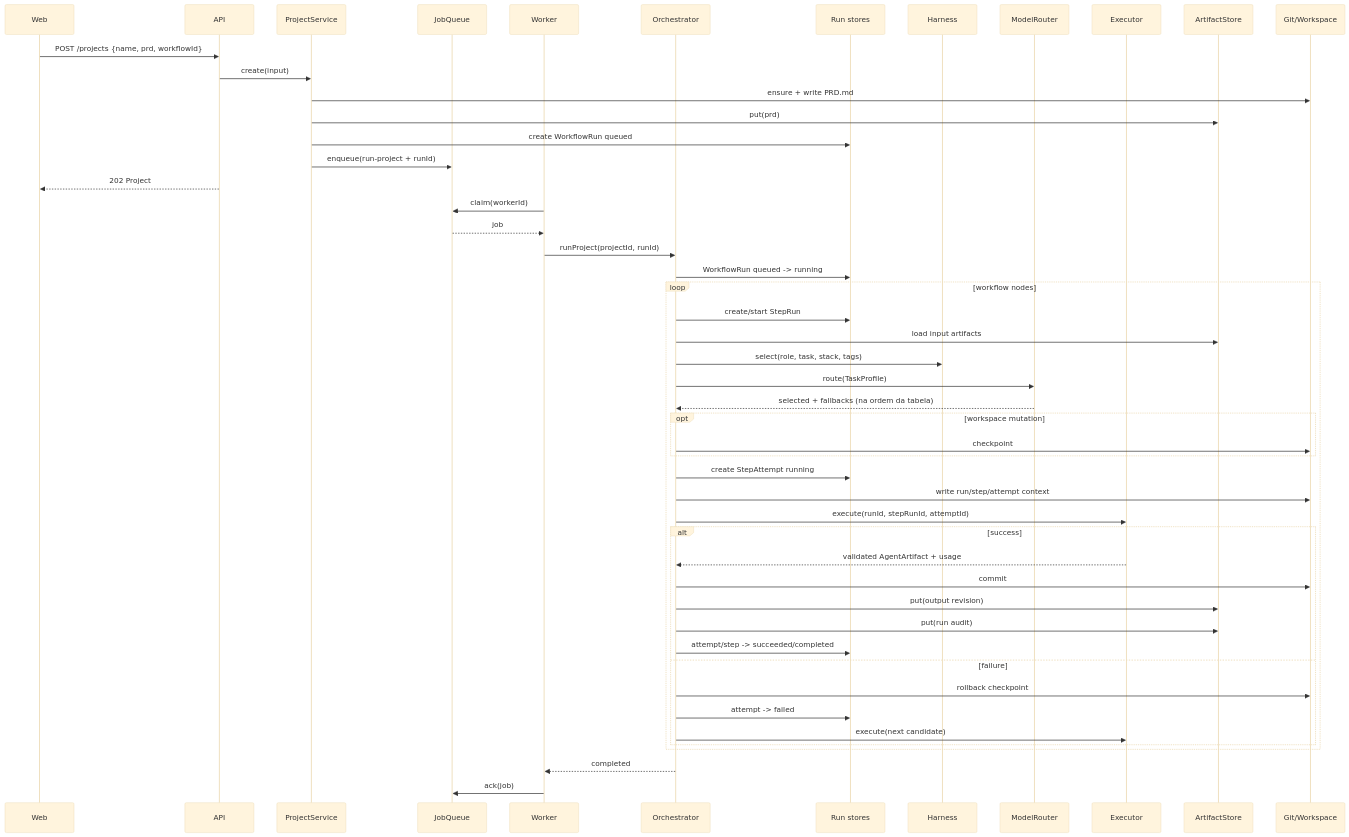
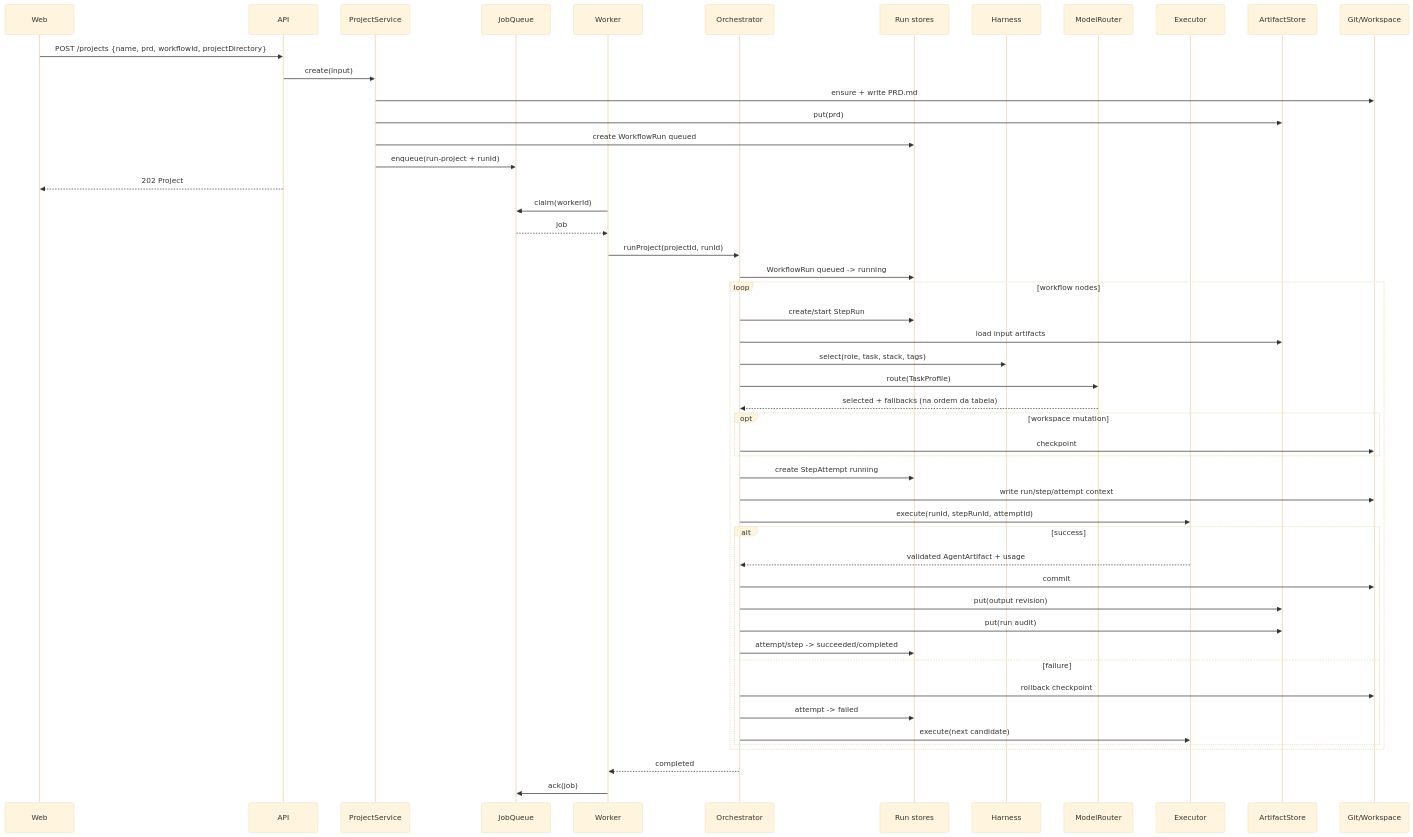
The second of 2 diagrams in docs/ARCHITECTURE.md (eedsilva/agent-foundry), drawn with Mermaid (base theme) before and after one commit. The commit also changed 3 other files, not shown here.

````diff
--- a/docs/ARCHITECTURE.md
+++ b/docs/ARCHITECTURE.md
@@ -140,56 +140,56 @@
 ```mermaid
 sequenceDiagram
     participant UI as Web
     participant API as API
     participant PS as ProjectService
     participant Q as JobQueue
     participant W as Worker
     participant O as Orchestrator
     participant S as Run stores
     participant H as Harness
     participant R as ModelRouter
     participant E as Executor
     participant A as ArtifactStore
     participant G as Git/Workspace
 
-    UI->>API: POST /projects {name, prd, workflowId}
+    UI->>API: POST /projects {name, prd, workflowId, projectDirectory}
     API->>PS: create(input)
     PS->>G: ensure + write PRD.md
     PS->>A: put(prd)
     PS->>S: create WorkflowRun queued
     PS->>Q: enqueue(run-project + runId)
     API-->>UI: 202 Project
 
     W->>Q: claim(workerId)
     Q-->>W: job
     W->>O: runProject(projectId, runId)
     O->>S: WorkflowRun queued -> running
 
     loop workflow nodes
       O->>S: create/start StepRun
       O->>A: load input artifacts
       O->>H: select(role, task, stack, tags)
       O->>R: route(TaskProfile)
       R-->>O: selected + fallbacks (na ordem da tabela)
       opt workspace mutation
         O->>G: checkpoint
       end
       O->>S: create StepAttempt running
       O->>G: write run/step/attempt context
       O->>E: execute(runId, stepRunId, attemptId)
       alt success
         E-->>O: validated AgentArtifact + usage
         O->>G: commit
         O->>A: put(output revision)
         O->>A: put(run audit)
         O->>S: attempt/step -> succeeded/completed
       else failure
         O->>G: rollback checkpoint
         O->>S: attempt -> failed
         O->>E: execute(next candidate)
       end
     end
 
     O-->>W: completed
     W->>Q: ack(job)
 ```
````
